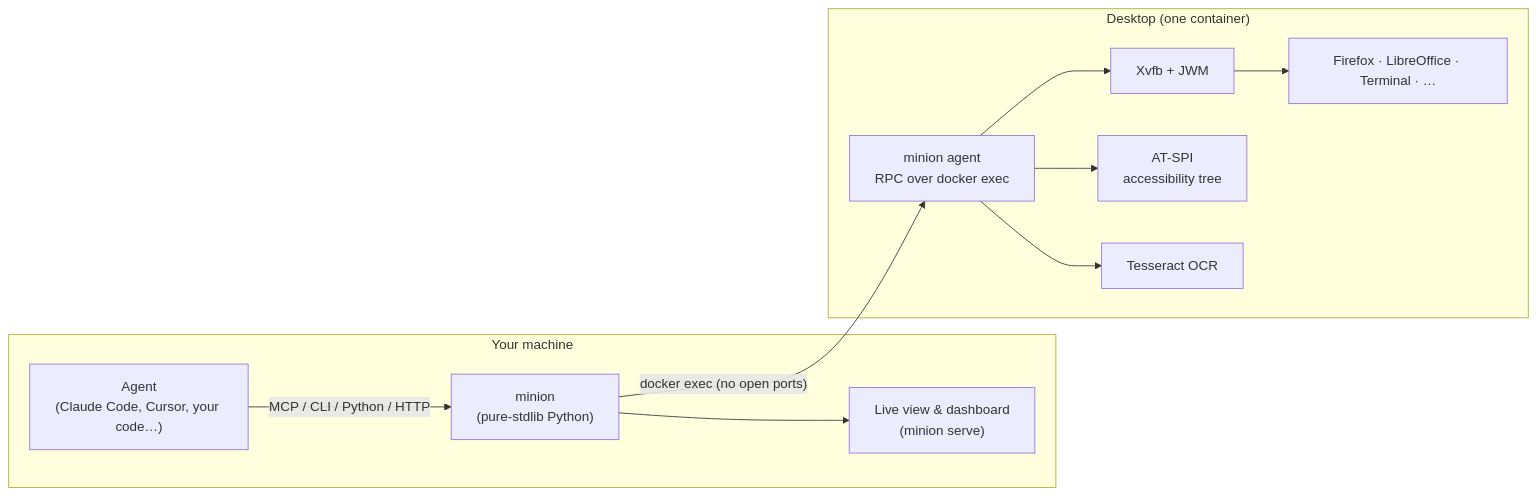
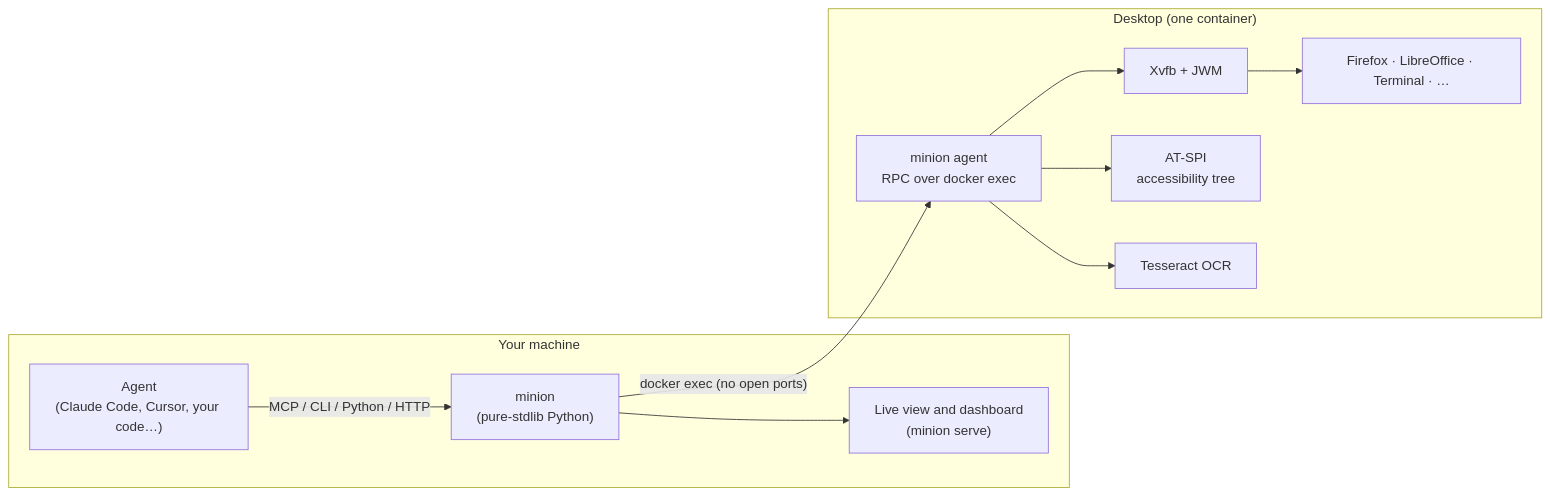
One commit to Apophisss/minion changed the diagram in README.md. Above: the diagram before and after it, drawn with Mermaid. The commit also changed other lines of this file and 2 other files, not shown here.

Commit message:
Lazy AT-SPI loading, measured memory budget in docs, hand-off wording

````diff
--- a/README.md
+++ b/README.md
@@ -220,14 +220,14 @@
 ```mermaid
 flowchart LR
   subgraph host["Your machine"]
     A["Agent<br/>(Claude Code, Cursor, your code…)"] -->|MCP / CLI / Python / HTTP| M["minion<br/>(pure-stdlib Python)"]
-    M --> V["Live view &amp; dashboard<br/>(minion serve)"]
+    M --> V["Live view and dashboard<br/>(minion serve)"]
   end
   subgraph desk["Desktop (one container)"]
     S["minion agent<br/>RPC over docker exec"] --> X["Xvfb + JWM"]
     S --> AT["AT-SPI<br/>accessibility tree"]
     S --> O["Tesseract OCR"]
     X --> Apps["Firefox · LibreOffice · Terminal · …"]
   end
   M -->|"docker exec (no open ports)"| S
 ```
````
